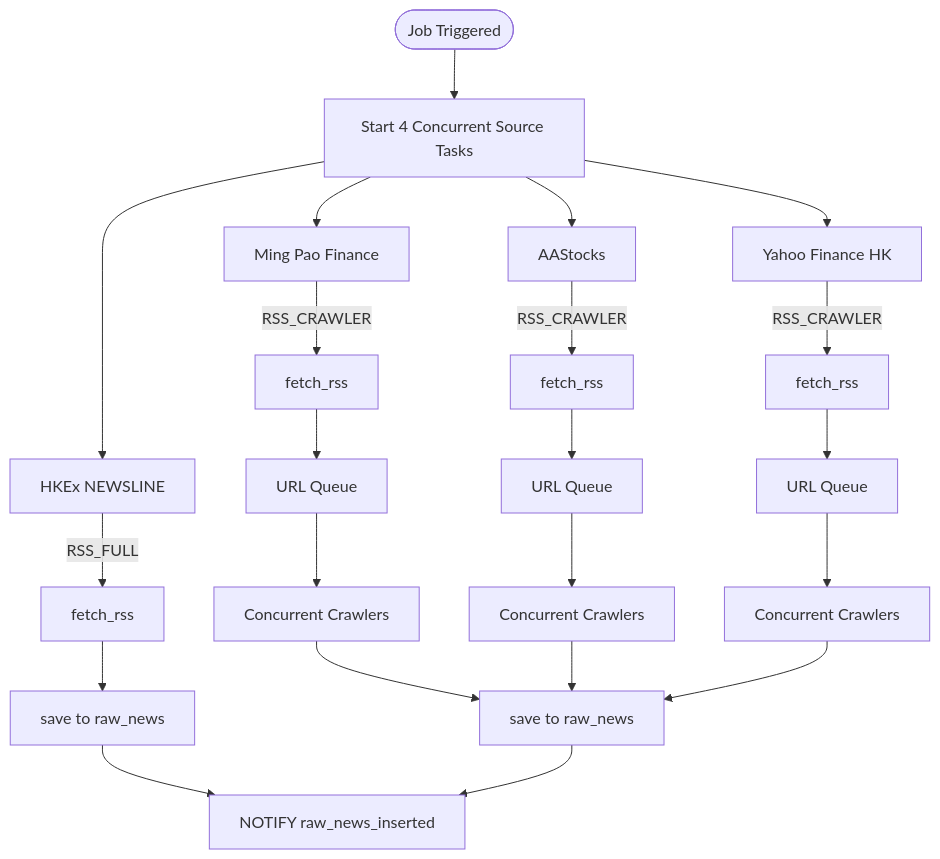
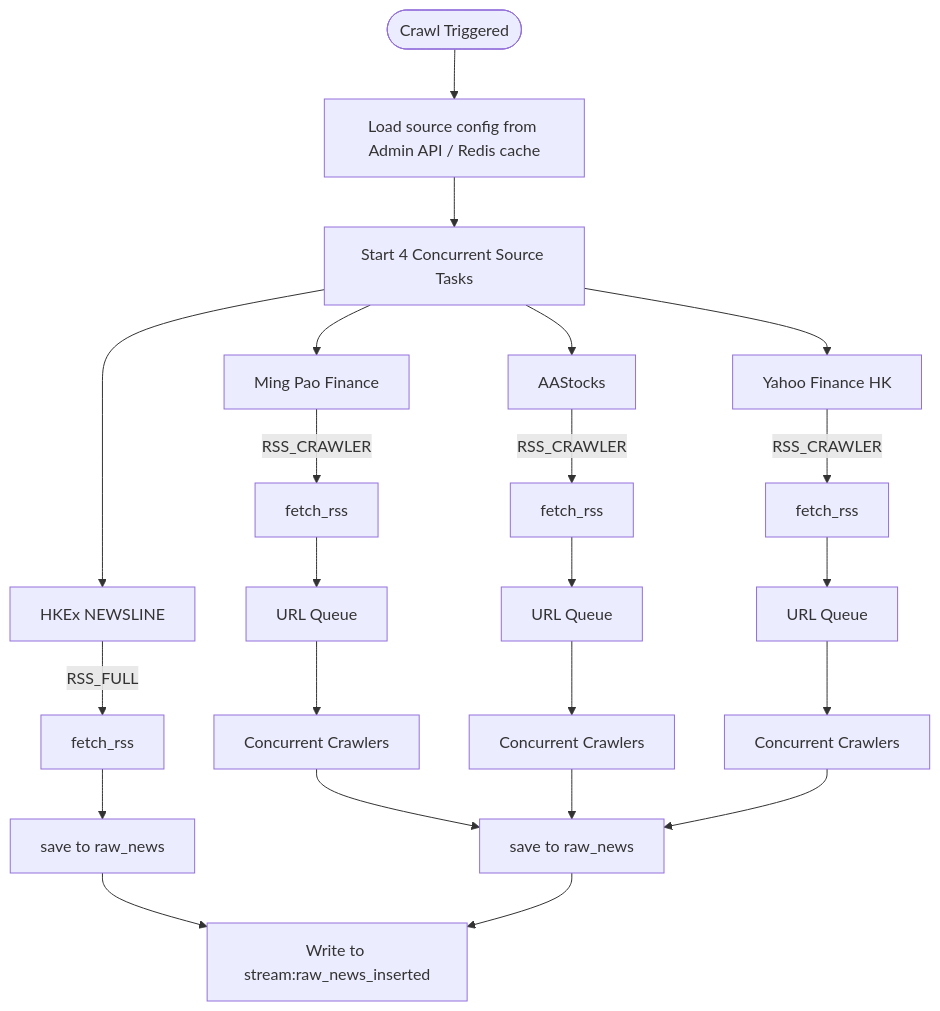
The first of 2 diagrams in stock-assistant-data-ingestion/docs/architecture/system-design.md (mars-xiaoyi/wealthfinder), drawn with Mermaid before and after one commit. The commit also changed other lines of this file, not shown here.

````diff
--- a/stock-assistant-data-ingestion/docs/architecture/system-design.md
+++ b/stock-assistant-data-ingestion/docs/architecture/system-design.md
@@ -115,31 +118,32 @@
 ```mermaid
 flowchart TD
-    A([Job Triggered]) --> B[Start 4 Concurrent Source Tasks]
+    A([Crawl Triggered]) --> B[Load source config from Admin API / Redis cache]
+    B --> C[Start 4 Concurrent Source Tasks]
 
-    B --> S1[HKEx NEWSLINE]
-    B --> S2[Ming Pao Finance]
-    B --> S3[AAStocks]
-    B --> S4[Yahoo Finance HK]
+    C --> S1[HKEx NEWSLINE]
+    C --> S2[Ming Pao Finance]
+    C --> S3[AAStocks]
+    C --> S4[Yahoo Finance HK]
 
     S1 -->|RSS_FULL| R1[fetch_rss]
     R1 --> DB1[save to raw_news]
 
     S2 -->|RSS_CRAWLER| R2[fetch_rss]
     S3 -->|RSS_CRAWLER| R3[fetch_rss]
     S4 -->|RSS_CRAWLER| R4[fetch_rss]
 
     R2 --> Q2[URL Queue]
     R3 --> Q3[URL Queue]
     R4 --> Q4[URL Queue]
 
     Q2 --> C2[Concurrent Crawlers]
     Q3 --> C3[Concurrent Crawlers]
     Q4 --> C4[Concurrent Crawlers]
 
     C2 --> DB2[save to raw_news]
     C3 --> DB2
     C4 --> DB2
 
-    DB1 --> N[NOTIFY raw_news_inserted]
+    DB1 --> N[Write to stream:raw_news_inserted]
     DB2 --> N
 ```
````
